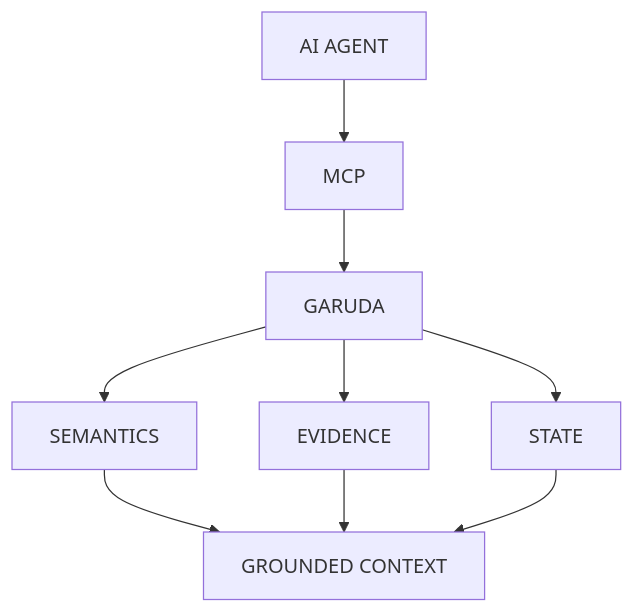
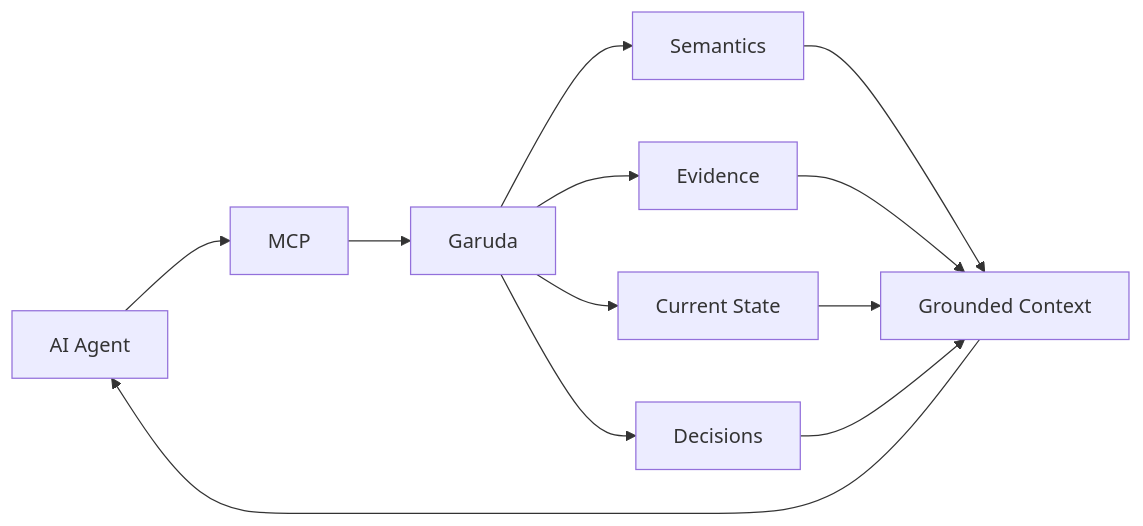
Before and after one commit to myshra777-ai/garuda: diagram 14 of 18 in README.md, drawn with Mermaid. The commit also changed other lines of this file, not shown here.

````diff
--- a/README.md
+++ b/README.md
@@ -592,11 +604,17 @@
 ```mermaid
-flowchart TD
-    AGENT["AI AGENT"] --> MCP["MCP"]
-    MCP --> GARUDA["GARUDA"]
-    GARUDA --> SEMANTICS["SEMANTICS"]
-    GARUDA --> EVIDENCE2["EVIDENCE"]
-    GARUDA --> STATE["STATE"]
-    SEMANTICS --> CONTEXT["GROUNDED CONTEXT"]
-    EVIDENCE2 --> CONTEXT
+flowchart LR
+    AGENT["AI Agent"] --> MCP["MCP"]
+    MCP --> GARUDA["Garuda"]
+    
+    GARUDA --> SEMANTICS["Semantics"]
+    GARUDA --> EVIDENCE["Evidence"]
+    GARUDA --> STATE["Current State"]
+    GARUDA --> DECISIONS["Decisions"]
+
+    SEMANTICS --> CONTEXT["Grounded Context"]
+    EVIDENCE --> CONTEXT
     STATE --> CONTEXT
+    DECISIONS --> CONTEXT
+
+    CONTEXT --> AGENT
 ```
````
